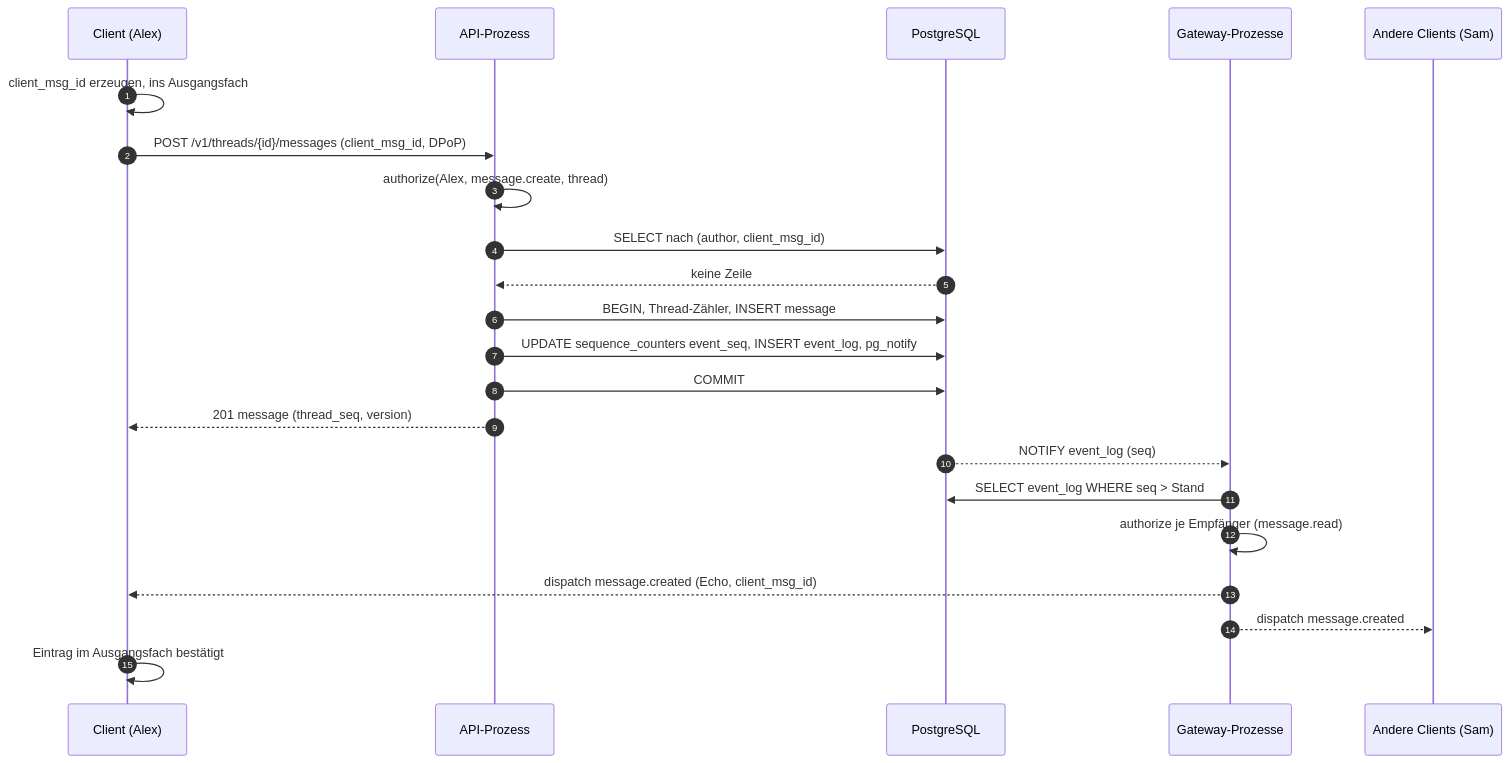
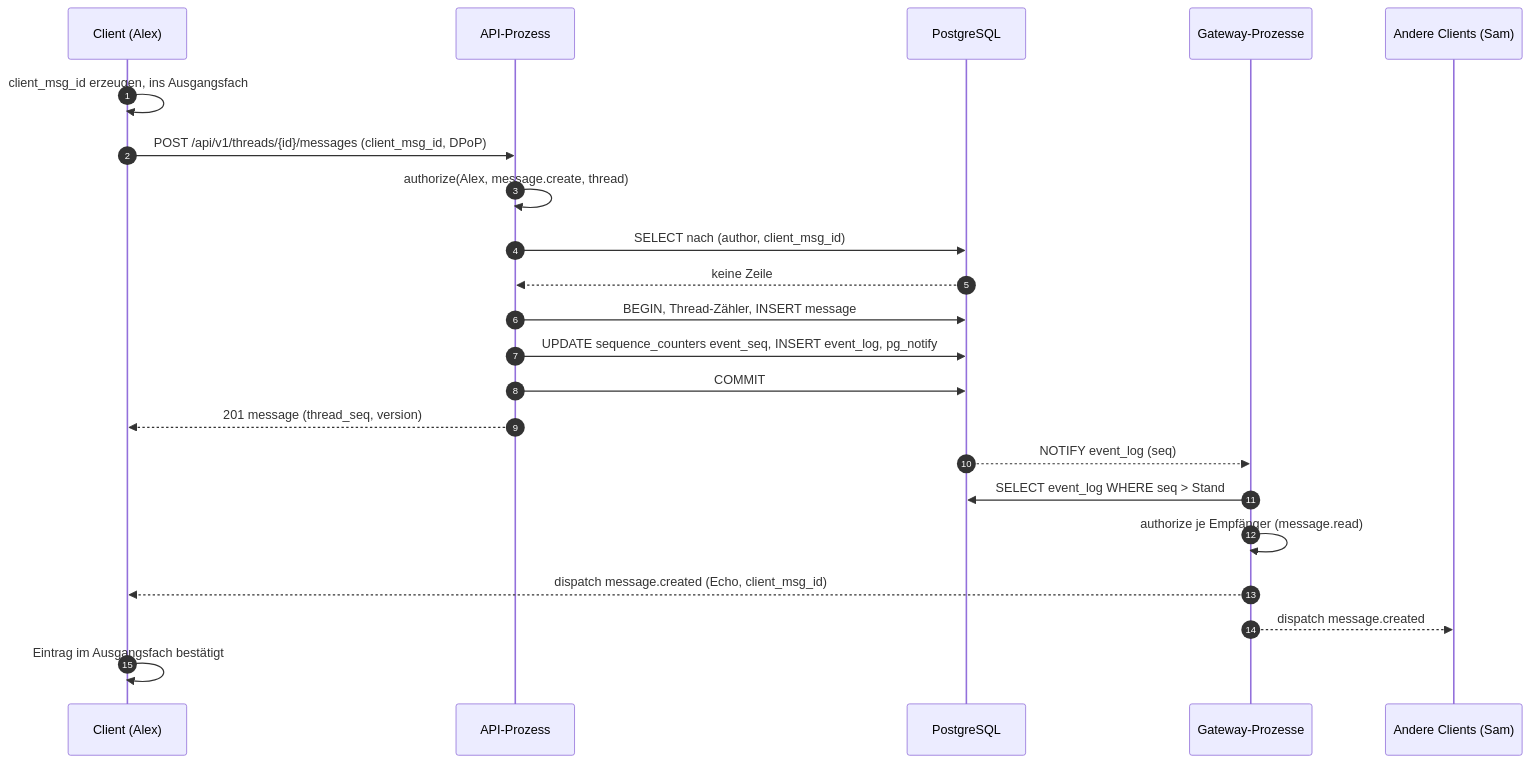
One commit to mguttmann/bothy changed the first of 5 diagrams in docs/spec/04-sync-protokoll.md. Above: the diagram before and after it, drawn with Mermaid. The commit also changed other lines of this file and 91 other files, not shown here.

````diff
--- a/docs/spec/04-sync-protokoll.md
+++ b/docs/spec/04-sync-protokoll.md
@@ -611,24 +756,24 @@
 ```mermaid
 sequenceDiagram
     autonumber
     participant C as Client (Alex)
     participant API as API-Prozess
     participant DB as PostgreSQL
     participant GW as Gateway-Prozesse
     participant O as Andere Clients (Sam)
     C->>C: client_msg_id erzeugen, ins Ausgangsfach
-    C->>API: POST /v1/threads/{id}/messages (client_msg_id, DPoP)
+    C->>API: POST /api/v1/threads/{id}/messages (client_msg_id, DPoP)
     API->>API: authorize(Alex, message.create, thread)
     API->>DB: SELECT nach (author, client_msg_id)
     DB-->>API: keine Zeile
     API->>DB: BEGIN, Thread-Zähler, INSERT message
     API->>DB: UPDATE sequence_counters event_seq, INSERT event_log, pg_notify
     API->>DB: COMMIT
     API-->>C: 201 message (thread_seq, version)
     DB-->>GW: NOTIFY event_log (seq)
     GW->>DB: SELECT event_log WHERE seq > Stand
     GW->>GW: authorize je Empfänger (message.read)
     GW-->>C: dispatch message.created (Echo, client_msg_id)
     GW-->>O: dispatch message.created
     C->>C: Eintrag im Ausgangsfach bestätigt
 ```
````
